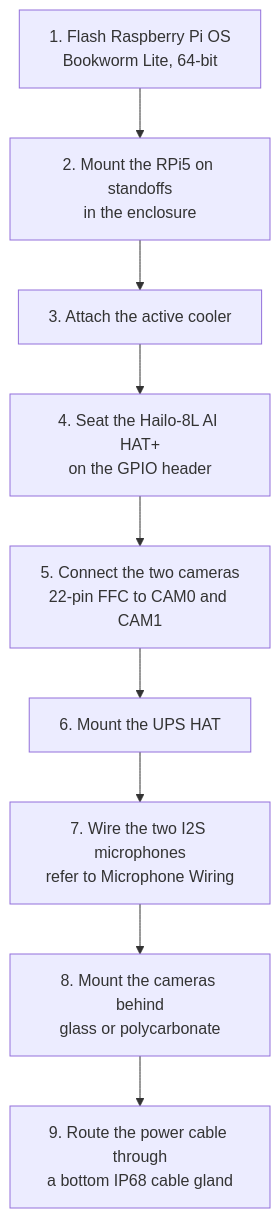
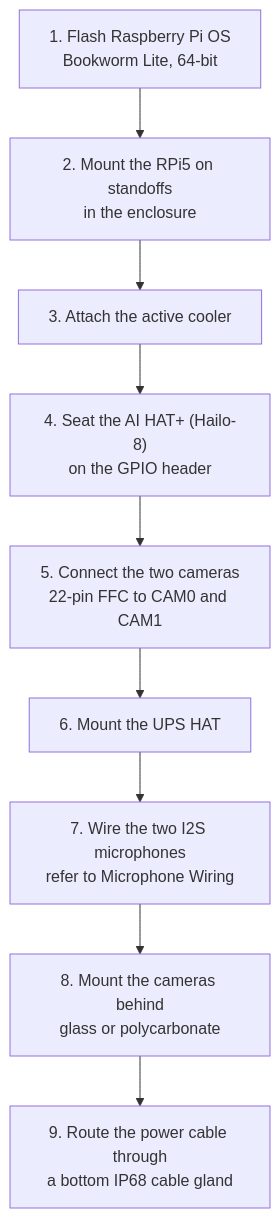
The first of 2 diagrams in docs/DEPLOYMENT.md (rondilley/RatCatcher_AI), drawn with Mermaid before and after one commit. The commit also changed other lines of this file and 4 other files, not shown here.

````diff
--- a/docs/DEPLOYMENT.md
+++ b/docs/DEPLOYMENT.md
@@ -23,14 +23,14 @@
 ```mermaid
 flowchart TB
     S1["1. Flash Raspberry Pi OS<br/>Bookworm Lite, 64-bit"]
     S2["2. Mount the RPi5 on standoffs<br/>in the enclosure"]
     S3["3. Attach the active cooler"]
-    S4["4. Seat the Hailo-8L AI HAT+<br/>on the GPIO header"]
+    S4["4. Seat the AI HAT+ (Hailo-8)<br/>on the GPIO header"]
     S5["5. Connect the two cameras<br/>22-pin FFC to CAM0 and CAM1"]
     S6["6. Mount the UPS HAT"]
     S7["7. Wire the two I2S microphones<br/>refer to Microphone Wiring"]
     S8["8. Mount the cameras behind<br/>glass or polycarbonate"]
     S9["9. Route the power cable through<br/>a bottom IP68 cable gland"]
 
     S1 --> S2 --> S3 --> S4 --> S5 --> S6 --> S7 --> S8 --> S9
 ```
````
